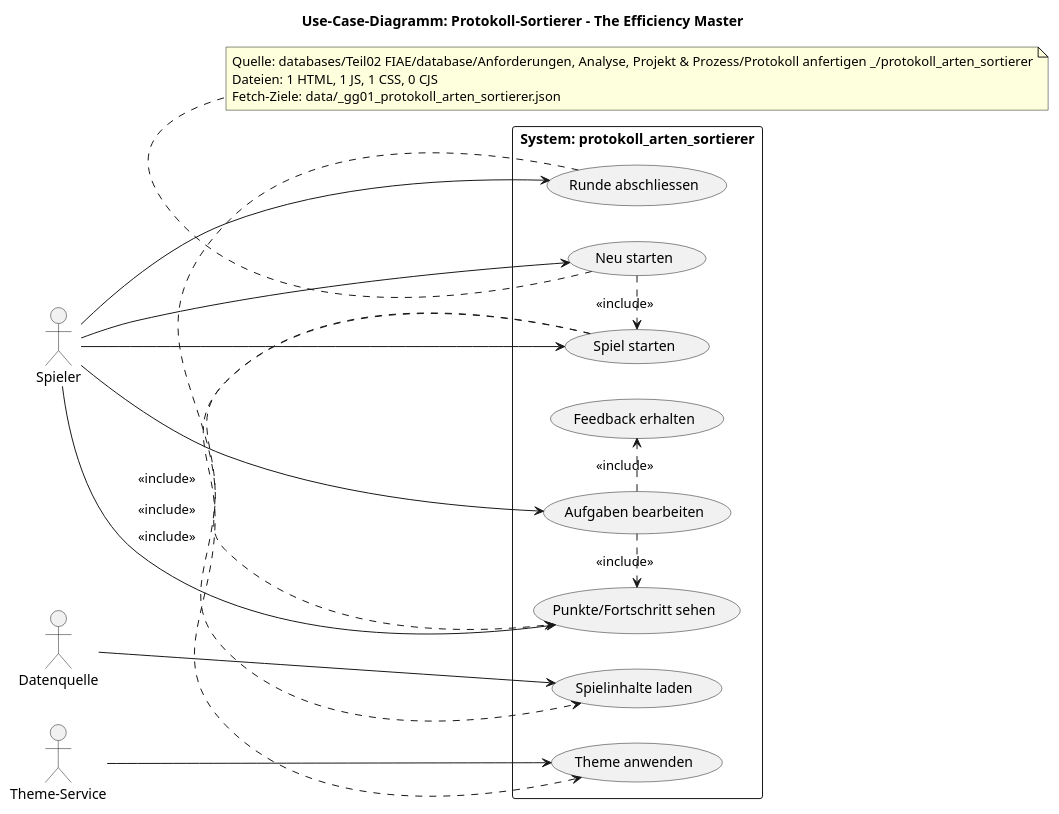
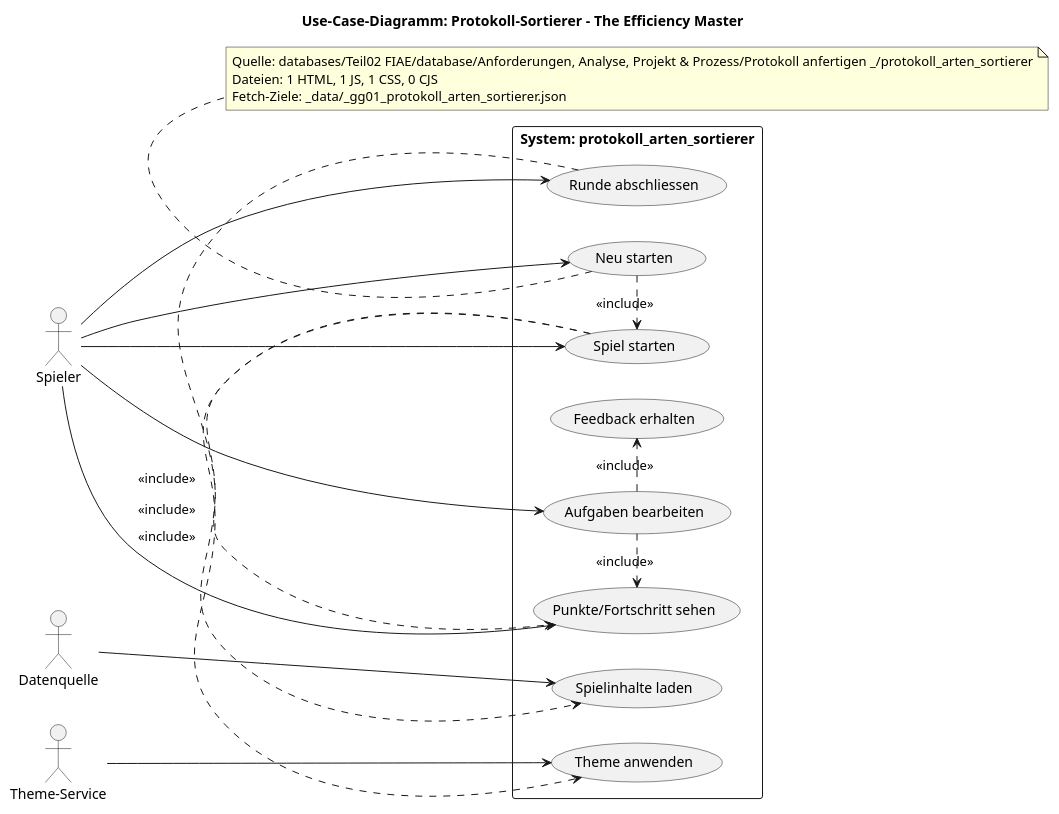
The diagram in databases/Teil02 FIAE/database/Anforderungen, Analyse, Projekt & Prozess/Protokoll anfertigen _/protokoll_arten_sortierer/__dokumentation/__02_plans/__use_case_diagram.puml (Thor-the-Dwarf/easyPV), drawn with PlantUML before and after one commit. The commit also changed 1258 other files, not shown here.

```diff
--- a/databases/Teil02 FIAE/database/Anforderungen, Analyse, Projekt & Prozess/Protokoll anfertigen _/protokoll_arten_sortierer/__dokumentation/__02_plans/__use_case_diagram.puml
+++ b/databases/Teil02 FIAE/database/Anforderungen, Analyse, Projekt & Prozess/Protokoll anfertigen _/protokoll_arten_sortierer/__dokumentation/__02_plans/__use_case_diagram.puml
@@ -1,41 +1,41 @@
 @startuml
 title Use-Case-Diagramm: Protokoll-Sortierer - The Efficiency Master
 left to right direction
 skinparam shadowing false
 
 actor "Spieler" as Player
 actor "Datenquelle" as DataSource
 actor "Theme-Service" as ThemeSvc
 
 rectangle "System: protokoll_arten_sortierer" as SystemBoundary {
   usecase "Spiel starten" as UC_Start
   usecase "Spielinhalte laden" as UC_LoadData
   usecase "Theme anwenden" as UC_ApplyTheme
   usecase "Aufgaben bearbeiten" as UC_Play
   usecase "Feedback erhalten" as UC_Feedback
   usecase "Punkte/Fortschritt sehen" as UC_Progress
   usecase "Runde abschliessen" as UC_Finish
   usecase "Neu starten" as UC_Restart
 }
 
 Player --> UC_Start
 Player --> UC_Play
 Player --> UC_Progress
 Player --> UC_Finish
 Player --> UC_Restart
 DataSource --> UC_LoadData
 ThemeSvc --> UC_ApplyTheme
 
 UC_Start .> UC_LoadData : <<include>>
 UC_Start .> UC_ApplyTheme : <<include>>
 UC_Play .> UC_Feedback : <<include>>
 UC_Play .> UC_Progress : <<include>>
 UC_Finish .> UC_Progress : <<include>>
 UC_Restart .> UC_Start : <<include>>
 
 note bottom
 Quelle: databases/Teil02 FIAE/database/Anforderungen, Analyse, Projekt & Prozess/Protokoll anfertigen _/protokoll_arten_sortierer
 Dateien: 1 HTML, 1 JS, 1 CSS, 0 CJS
-Fetch-Ziele: data/_gg01_protokoll_arten_sortierer.json
+Fetch-Ziele: _data/_gg01_protokoll_arten_sortierer.json
 end note
 @enduml
```
